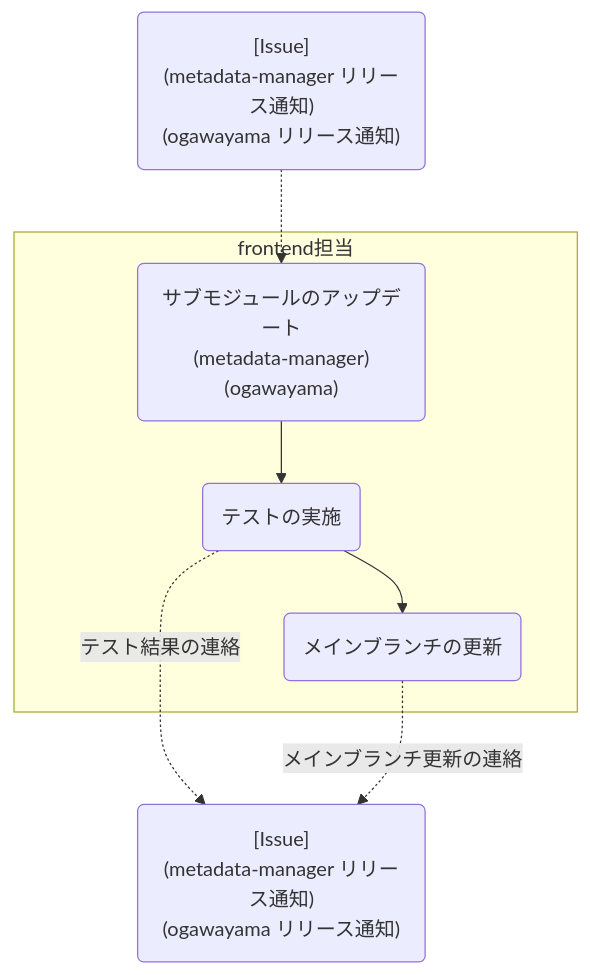
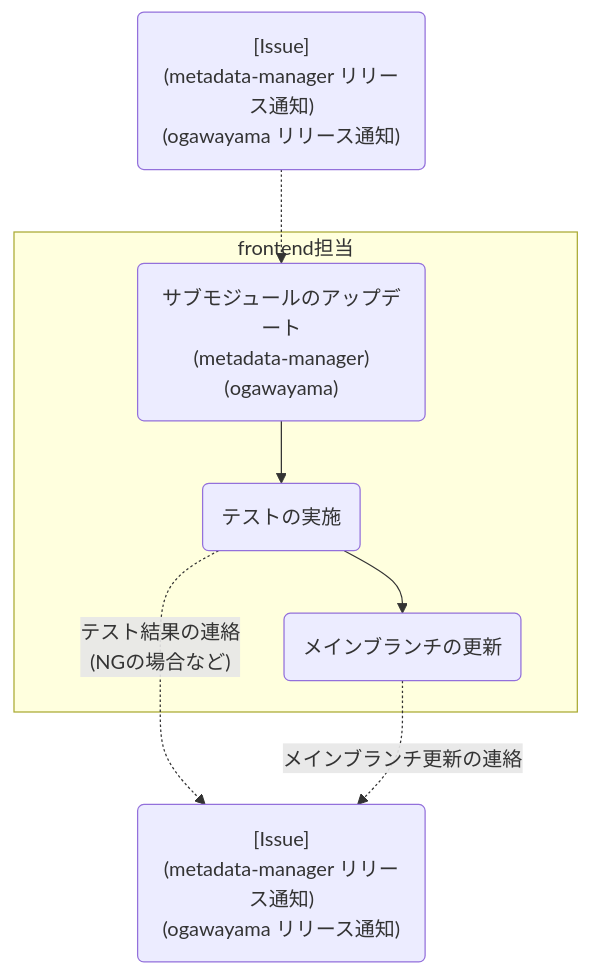
One commit to project-tsurugi/metadata-manager changed the fifth of 5 diagrams in docs/metadata-manager_release_procedures.md. Above: the diagram before and after it, drawn with Mermaid. The commit also changed other lines of this file, not shown here.

````diff
--- a/docs/metadata-manager_release_procedures.md
+++ b/docs/metadata-manager_release_procedures.md
@@ -197,18 +213,18 @@
 ```mermaid
 flowchart TB
   M_WF_1("[Issue]<br>(metadata-manager リリース通知)<br>(ogawayama リリース通知)")
   M_WF_2("[Issue]<br>(metadata-manager リリース通知)<br>(ogawayama リリース通知)")
 
   M_WF_1 -.-> F_WF_1
   subgraph frontend [frontend担当]
     F_WF_1("サブモジュールのアップデート<br>(metadata-manager)<br>(ogawayama)")
     F_WF_2("テストの実施")
     F_WF_3("メインブランチの更新")
 
     F_WF_1 --> F_WF_2
     F_WF_2 --> F_WF_3
   end
 
-  F_WF_2 -. "テスト結果の連絡" .-> M_WF_2
+  F_WF_2 -. "テスト結果の連絡<br>(NGの場合など)" .-> M_WF_2
   F_WF_3 -. "メインブランチ更新の連絡" .-> M_WF_2
 ```
````
